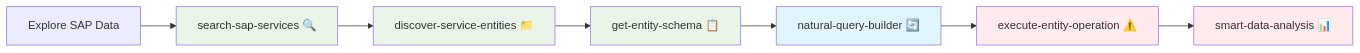
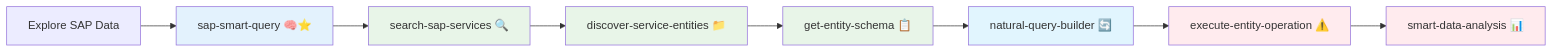
Before and after one commit to Raistlin82/btp-sap-odata-to-mcp-server-optimized: the third of 10 diagrams in config/workflow-guide.md, drawn with Mermaid. The commit also changed other lines of this file and 22 other files, not shown here.

````diff
--- a/config/workflow-guide.md
+++ b/config/workflow-guide.md
@@ -76,16 +104,18 @@
 ```mermaid
 graph LR
-    A[Explore SAP Data] --> B[search-sap-services 🔍]
-    B --> C[discover-service-entities 📁]
-    C --> D[get-entity-schema 📋]
-    D --> E[natural-query-builder 🔄]
-    E --> F[execute-entity-operation ⚠️]
-    F --> G[smart-data-analysis 📊]
+    A[Explore SAP Data] --> B[sap-smart-query 🧠⭐]
+    B --> C[search-sap-services 🔍]
+    C --> D[discover-service-entities 📁]
+    D --> E[get-entity-schema 📋]
+    E --> F[natural-query-builder 🔄]
+    F --> G[execute-entity-operation ⚠️]
+    G --> H[smart-data-analysis 📊]
     
-    style B fill:#e8f5e8
+    style B fill:#e3f2fd
     style C fill:#e8f5e8
     style D fill:#e8f5e8
-    style E fill:#e1f5fe
-    style F fill:#ffebee
+    style E fill:#e8f5e8
+    style F fill:#e1f5fe
     style G fill:#ffebee
+    style H fill:#ffebee
 ```
````
